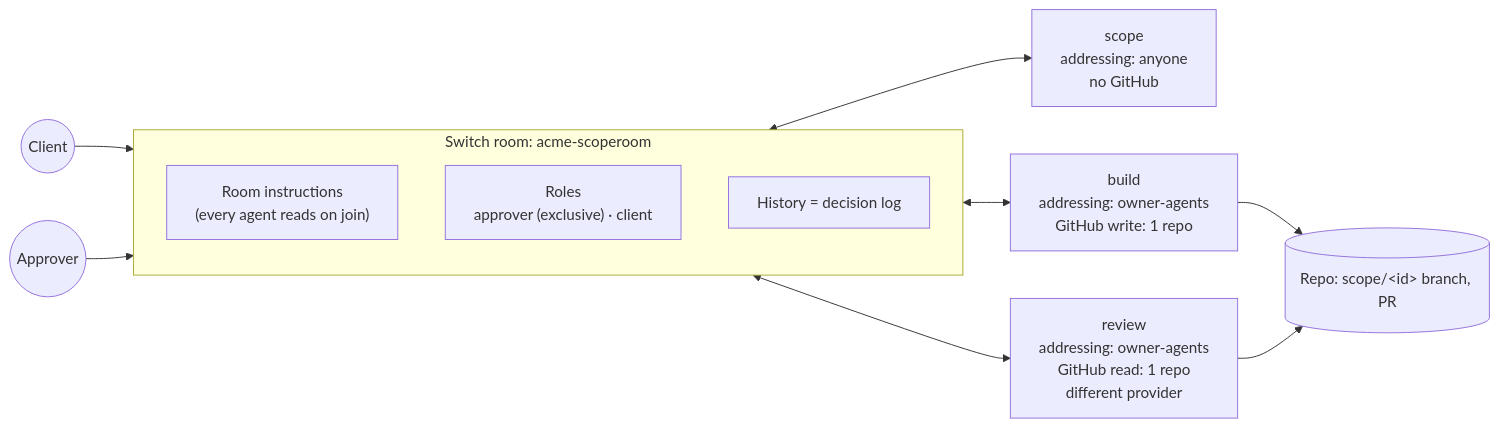
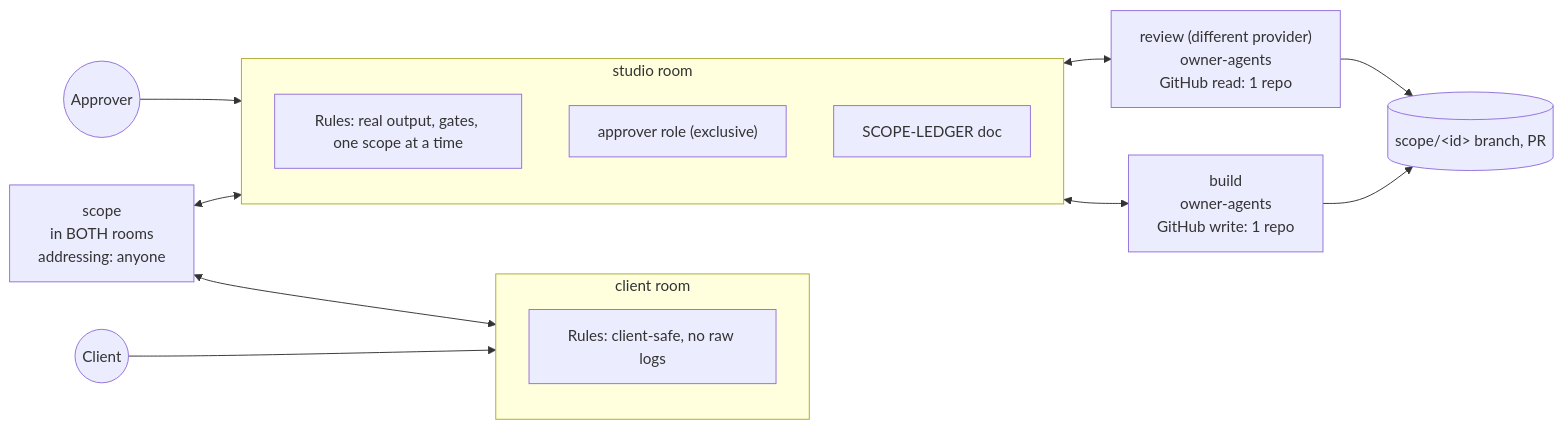
The second of 2 diagrams in README.md (MuhammadFaizan-prog/scoperoom), drawn with Mermaid before and after one commit. The commit also changed other lines of this file, not shown here.

Commit message:
docs(readme): two-room design, SCOPE-LEDGER, split-screen demo, briefing test

````diff
--- a/README.md
+++ b/README.md
@@ -78,16 +94,21 @@
 ```mermaid
 flowchart LR
-    subgraph Room["Switch room: acme-scoperoom"]
+    Client((Client)) --> CR
+    subgraph CR["client room"]
       direction TB
-      RI["Room instructions<br/>(every agent reads on join)"]
-      RO["Roles<br/>approver (exclusive) · client"]
-      H["History = decision log"]
+      CRI["Rules: client-safe, no raw logs"]
     end
-    Client((Client)) --> Room
-    Lead((Approver)) --> Room
-    Room <--> Scope["scope<br/>addressing: anyone<br/>no GitHub"]
-    Room <--> Build["build<br/>addressing: owner-agents<br/>GitHub write: 1 repo"]
-    Room <--> Review["review<br/>addressing: owner-agents<br/>GitHub read: 1 repo<br/>different provider"]
-    Build --> Repo[(Repo: scope/&lt;id&gt; branch, PR)]
+    subgraph SR["studio room"]
+      direction TB
+      SRI["Rules: real output, gates, one scope at a time"]
+      RO["approver role (exclusive)"]
+      LD["SCOPE-LEDGER doc"]
+    end
+    Scope["scope<br/>in BOTH rooms<br/>addressing: anyone"] <--> CR
+    Scope <--> SR
+    Lead((Approver)) --> SR
+    SR <--> Build["build<br/>owner-agents<br/>GitHub write: 1 repo"]
+    SR <--> Review["review (different provider)<br/>owner-agents<br/>GitHub read: 1 repo"]
+    Build --> Repo[(scope/&lt;id&gt; branch, PR)]
     Review --> Repo
 ```
````
